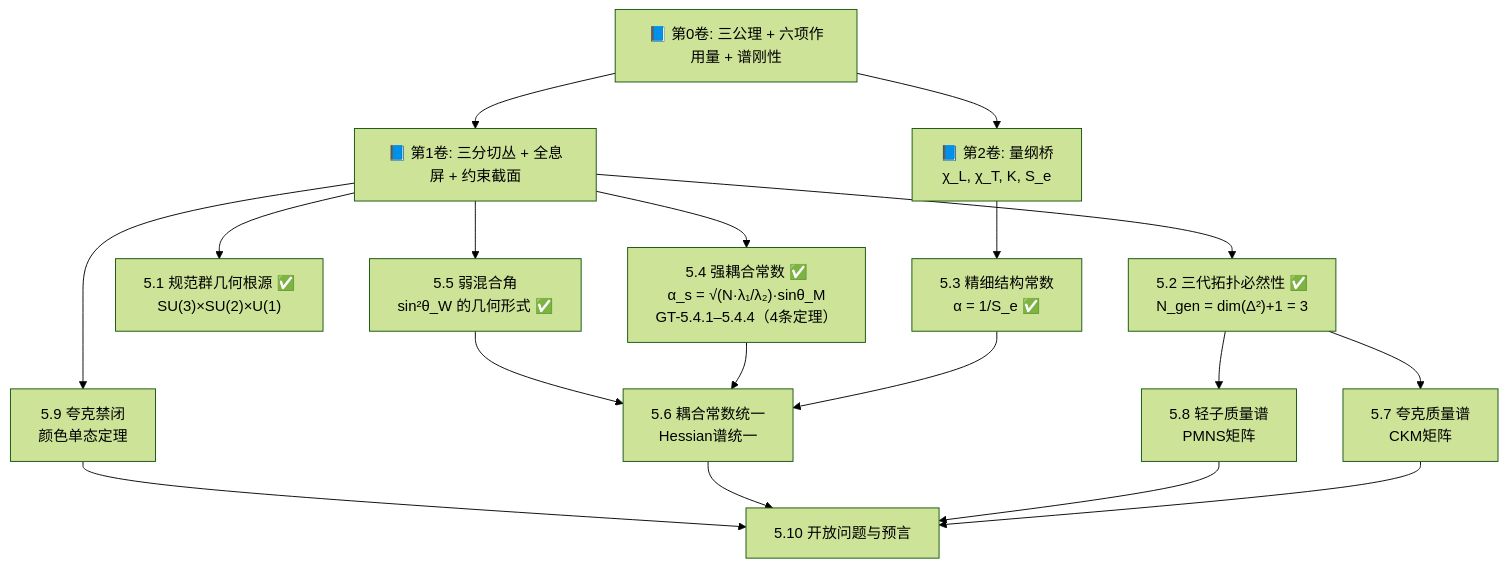
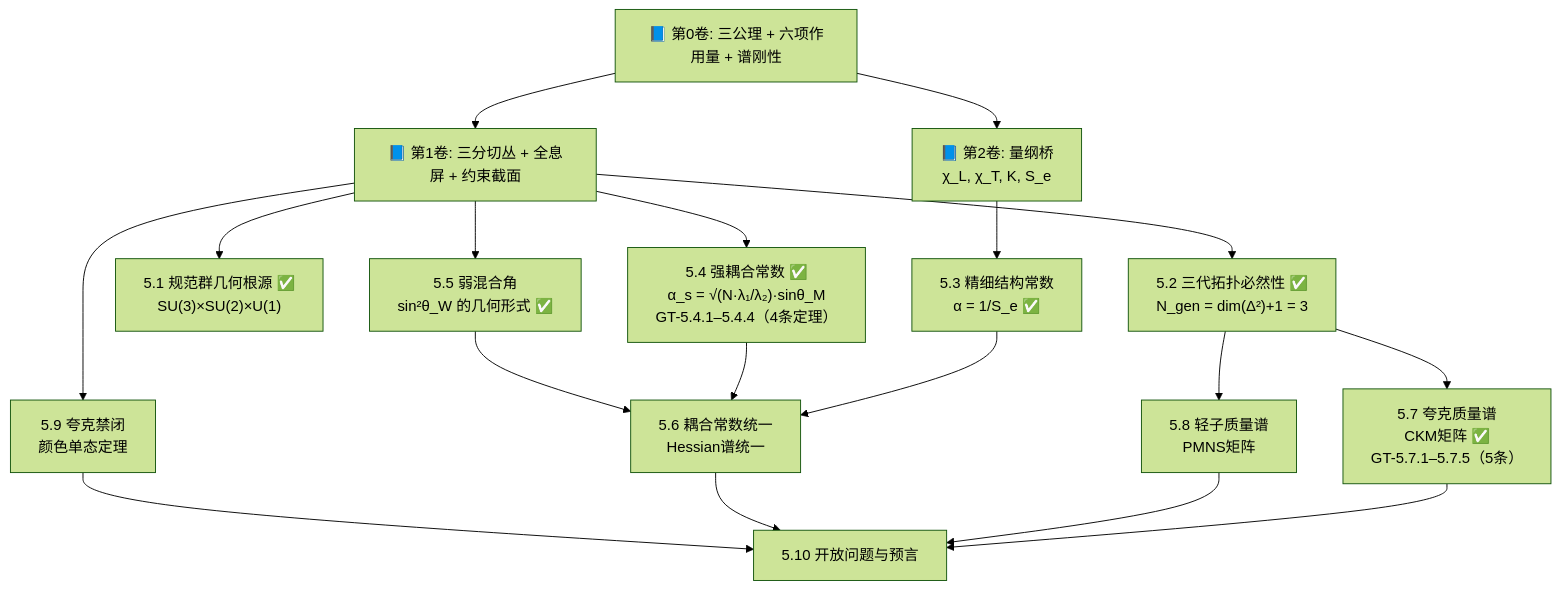
Before and after one commit to sdoygb/geometry-ai-server: the diagram in app/articles/GT-Vault/Vol-5_标准模型重建/MOC.md, drawn with Mermaid (forest theme).

Commit message:
AI修改: GT-Vault/Vol-5_标准模型重建/MOC.md (76行)

````diff
--- a/app/articles/GT-Vault/Vol-5_标准模型重建/MOC.md
+++ b/app/articles/GT-Vault/Vol-5_标准模型重建/MOC.md
@@ -34,15 +34,15 @@
 ```mermaid
 flowchart TD
     V0["📘 第0卷: 三公理 + 六项作用量 + 谱刚性"] --> V2["📘 第2卷: 量纲桥\nχ_L, χ_T, K, S_e"]
     V0 --> V1["📘 第1卷: 三分切丛 + 全息屏 + 约束截面"]
     V2 --> V5_3["5.3 精细结构常数\nα = 1/S_e ✅"]
     V1 --> V5_1["5.1 规范群几何根源 ✅\nSU(3)×SU(2)×U(1)"]
     V1 --> V5_2["5.2 三代拓扑必然性 ✅\nN_gen = dim(Δ²)+1 = 3"]
-    V5_2 --> V5_7["5.7 夸克质量谱\nCKM矩阵"]
+    V5_2 --> V5_7["5.7 夸克质量谱\nCKM矩阵 ✅\nGT-5.7.1–5.7.5（5条）"]
     V5_2 --> V5_8["5.8 轻子质量谱\nPMNS矩阵"]
     V1 --> V5_4["5.4 强耦合常数 ✅\nα_s = √(N·λ₁/λ₂)·sinθ_M\nGT-5.4.1–5.4.4（4条定理）"]
     V1 --> V5_5["5.5 弱混合角\nsin²θ_W 的几何形式 ✅"]
     V5_3 & V5_4 & V5_5 --> V5_6["5.6 耦合常数统一\nHessian谱统一"]
     V1 --> V5_9["5.9 夸克禁闭\n颜色单态定理"]
     V5_7 & V5_8 & V5_6 & V5_9 --> V5_10["5.10 开放问题与预言"]
 ```
````
